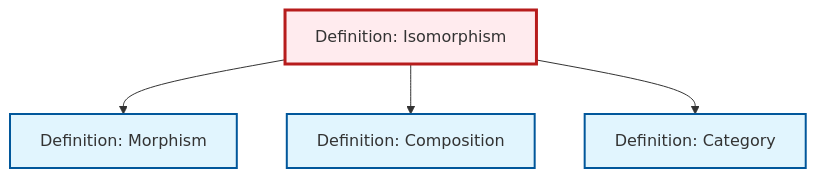
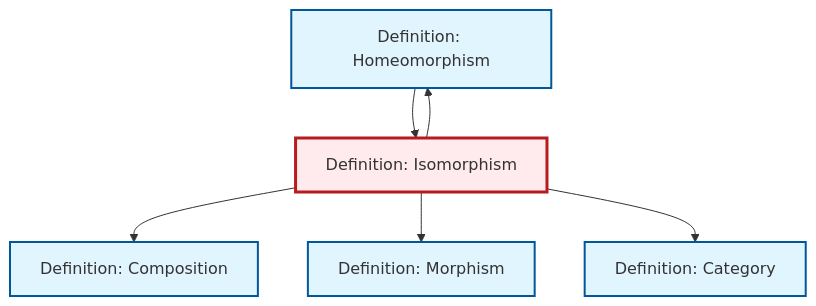
One commit to RK0429/ModernMath changed the diagram in content/en/category-theory/def-isomorphism.qmd. Above: the diagram before and after it, drawn with Mermaid. The commit also changed 474 other files, not shown here.

````diff
--- a/content/en/category-theory/def-isomorphism.qmd
+++ b/content/en/category-theory/def-isomorphism.qmd
@@ -83,20 +83,24 @@
 ```{mermaid}
 %%| fig-cap: "Local dependency graph"
 graph TD
     classDef definition fill:#e1f5fe,stroke:#01579b,stroke-width:2px
     classDef theorem fill:#f3e5f5,stroke:#4a148c,stroke-width:2px
     classDef axiom fill:#fff3e0,stroke:#e65100,stroke-width:2px
     classDef example fill:#e8f5e9,stroke:#1b5e20,stroke-width:2px
     classDef current fill:#ffebee,stroke:#b71c1c,stroke-width:3px
+    def-homeomorphism["Definition: Homeomorphism"]:::definition
+    def-isomorphism["Definition: Isomorphism"]:::definition
+    def-category["Definition: Category"]:::definition
+    def-composition["Definition: Composition"]:::definition
     def-morphism["Definition: Morphism"]:::definition
-    def-isomorphism["Definition: Isomorphism"]:::definition
-    def-composition["Definition: Composition"]:::definition
-    def-category["Definition: Category"]:::definition
+    def-isomorphism --> def-composition
     def-isomorphism --> def-morphism
-    def-isomorphism --> def-composition
+    def-homeomorphism --> def-isomorphism
+    def-isomorphism --> def-homeomorphism
     def-isomorphism --> def-category
     class def-isomorphism current
+    click def-homeomorphism "def-homeomorphism.html" "Go to Homeomorphism definition"
+    click def-category "def-category.html" "Go to Category definition"
+    click def-composition "def-composition.html" "Go to Composition definition"
     click def-morphism "def-morphism.html" "Go to Morphism definition"
-    click def-composition "def-composition.html" "Go to Composition definition"
-    click def-category "def-category.html" "Go to Category definition"
 ```
````
